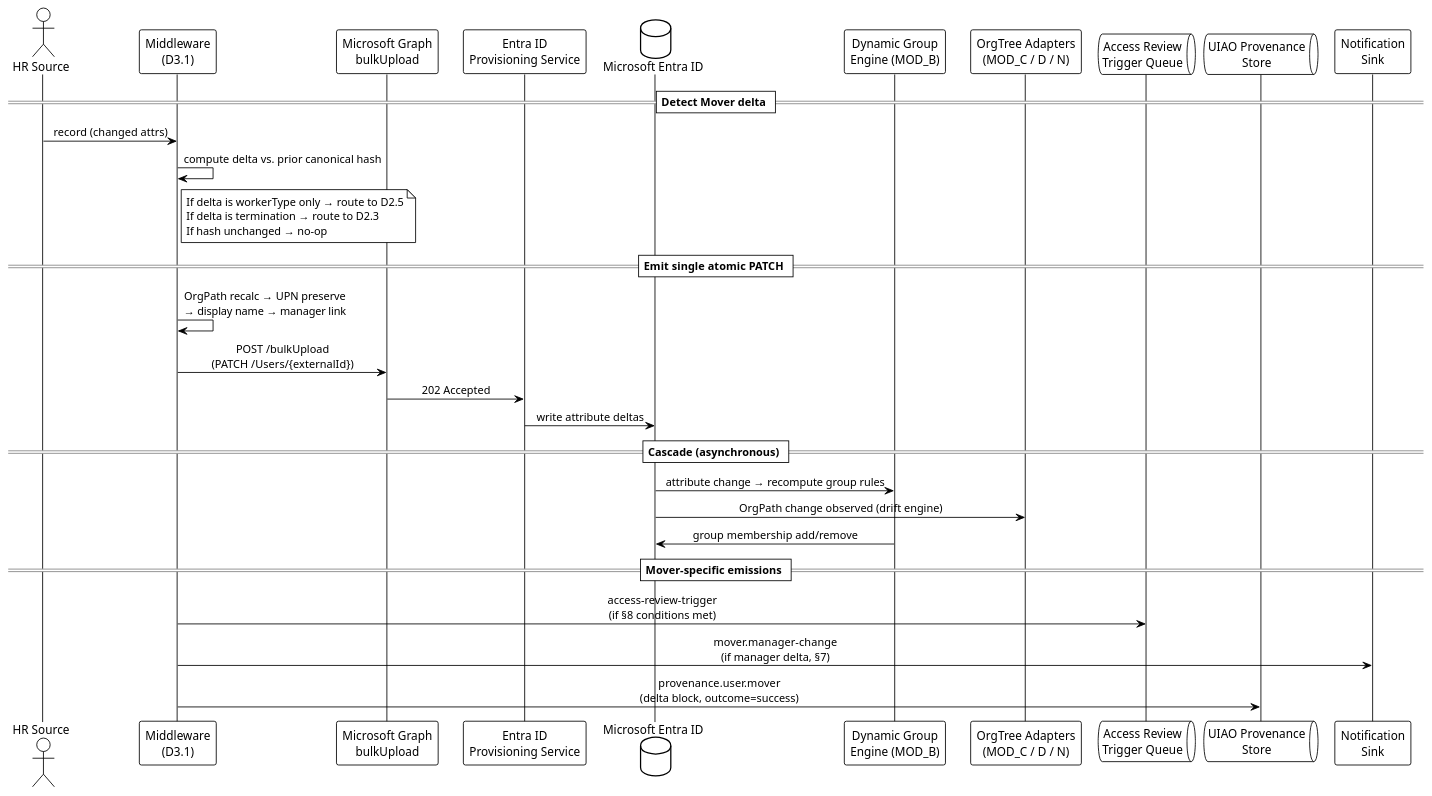
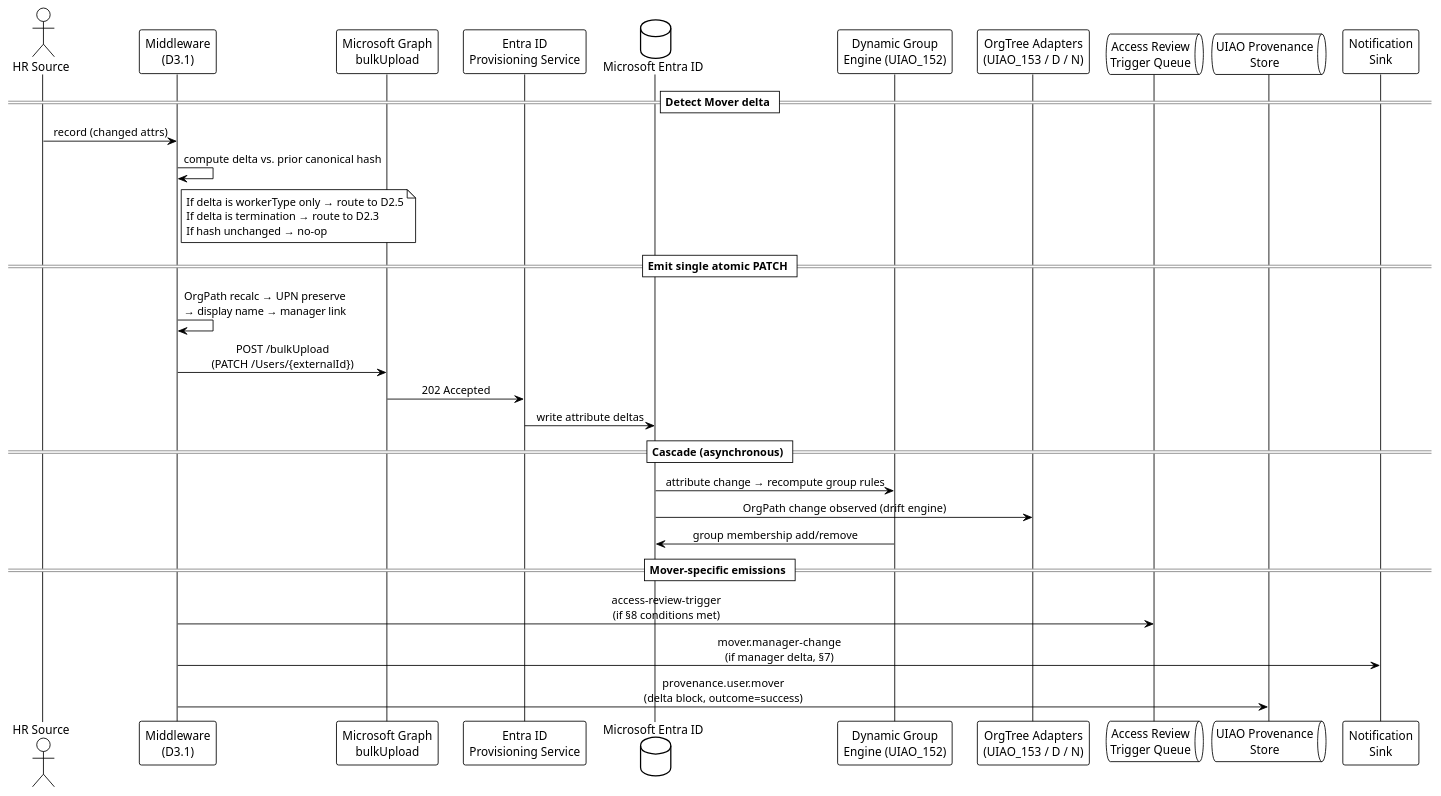
The diagram in src/uiao/canon/specs/Spec2-D2.2-MoverWorkflowSpecification.md (WhalerMike/uiao), drawn with PlantUML before and after one commit. The commit also changed other lines of this file and 84 other files, not shown here.

````diff
--- a/src/uiao/canon/specs/Spec2-D2.2-MoverWorkflowSpecification.md
+++ b/src/uiao/canon/specs/Spec2-D2.2-MoverWorkflowSpecification.md
@@ -353,44 +353,44 @@
 ```plantuml
 @startuml spec2_d2_2_mover_sequence
 !theme plain
 skinparam defaultFontName Segoe UI
 skinparam sequenceMessageAlign center
 
 actor "HR Source" as HR
 participant "Middleware\n(D3.1)" as MW
 participant "Microsoft Graph\nbulkUpload" as Graph
 participant "Entra ID\nProvisioning Service" as PS
 database "Microsoft Entra ID" as Entra
-participant "Dynamic Group\nEngine (MOD_B)" as DG
-participant "OrgTree Adapters\n(MOD_C / D / N)" as OrgAdapters
+participant "Dynamic Group\nEngine (UIAO_152)" as DG
+participant "OrgTree Adapters\n(UIAO_153 / D / N)" as OrgAdapters
 queue "Access Review\nTrigger Queue" as AR
 queue "UIAO Provenance\nStore" as Prov
 participant "Notification\nSink" as Notify
 
 == Detect Mover delta ==
 HR -> MW : record (changed attrs)
 MW -> MW : compute delta vs. prior canonical hash
 note right of MW
   If delta is workerType only → route to D2.5
   If delta is termination → route to D2.3
   If hash unchanged → no-op
 end note
 
 == Emit single atomic PATCH ==
 MW -> MW : OrgPath recalc → UPN preserve\n→ display name → manager link
 MW -> Graph : POST /bulkUpload\n(PATCH /Users/{externalId})
 Graph -> PS : 202 Accepted
 PS -> Entra : write attribute deltas
 
 == Cascade (asynchronous) ==
 Entra -> DG : attribute change → recompute group rules
 Entra -> OrgAdapters : OrgPath change observed (drift engine)
 DG -> Entra : group membership add/remove
 
 == Mover-specific emissions ==
 MW -> AR : access-review-trigger\n(if §8 conditions met)
 MW -> Notify : mover.manager-change\n(if manager delta, §7)
 MW -> Prov : provenance.user.mover\n(delta block, outcome=success)
 
 @enduml
 ```
````
